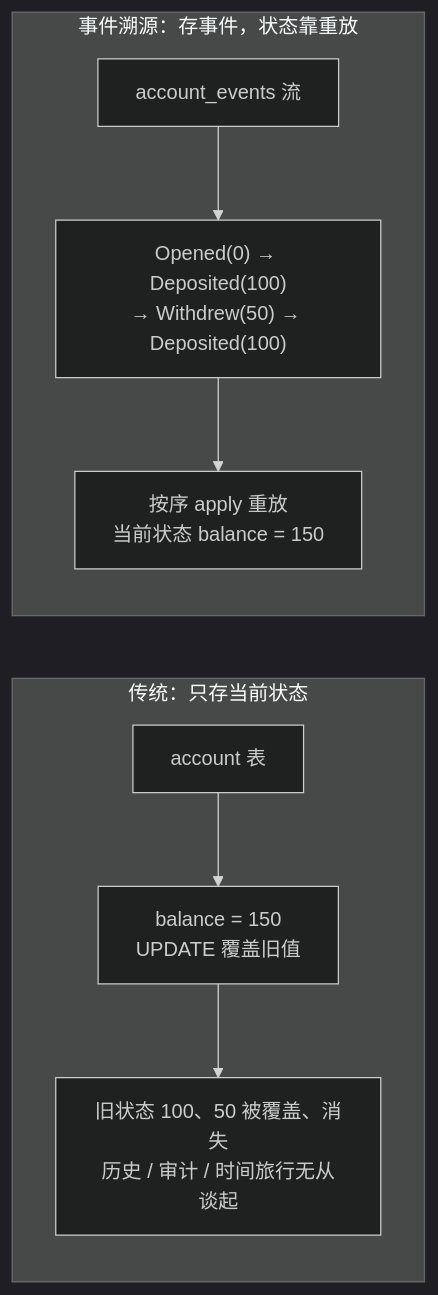
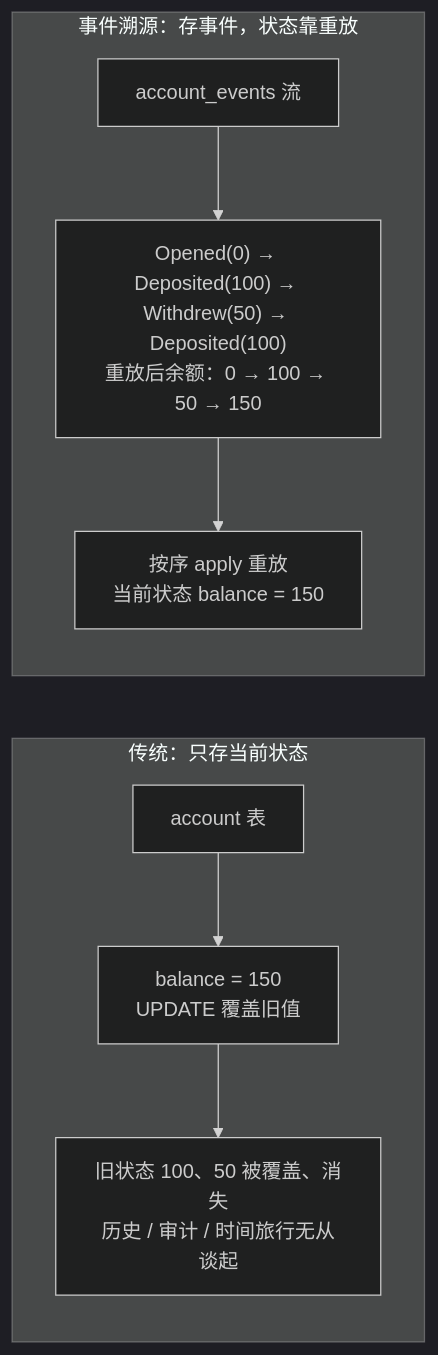
One commit to UranusGit/java-agent-learn changed the first of 7 diagrams in docs/附录/事件溯源与CQRS专题/01-事件溯源与CQRS实战.md. Above: the diagram before and after it, drawn with Mermaid (dark theme). The commit also changed other lines of this file and 137 other files, not shown here.

First line of the commit message:
docs全库mermaid图质量深化：改写残留字符画、补缺图、修坏图

````diff
--- a/docs/附录/事件溯源与CQRS专题/01-事件溯源与CQRS实战.md
+++ b/docs/附录/事件溯源与CQRS专题/01-事件溯源与CQRS实战.md
@@ -71,11 +61,11 @@
 ```mermaid
 flowchart LR
     subgraph TRAD["传统：只存当前状态"]
         T1["account 表"] --> T2["balance = 150<br/>UPDATE 覆盖旧值"]
         T2 --> T3["旧状态 100、50 被覆盖、消失<br/>历史 / 审计 / 时间旅行无从谈起"]
     end
     subgraph ES["事件溯源：存事件，状态靠重放"]
-        E1["account_events 流"] --> E2["Opened(0) → Deposited(100)<br/>→ Withdrew(50) → Deposited(100)"]
+        E1["account_events 流"] --> E2["Opened(0) → Deposited(100) → Withdrew(50) → Deposited(100)<br/>重放后余额：0 → 100 → 50 → 150"]
         E2 --> E3["按序 apply 重放<br/>当前状态 balance = 150"]
     end
 ```
````
